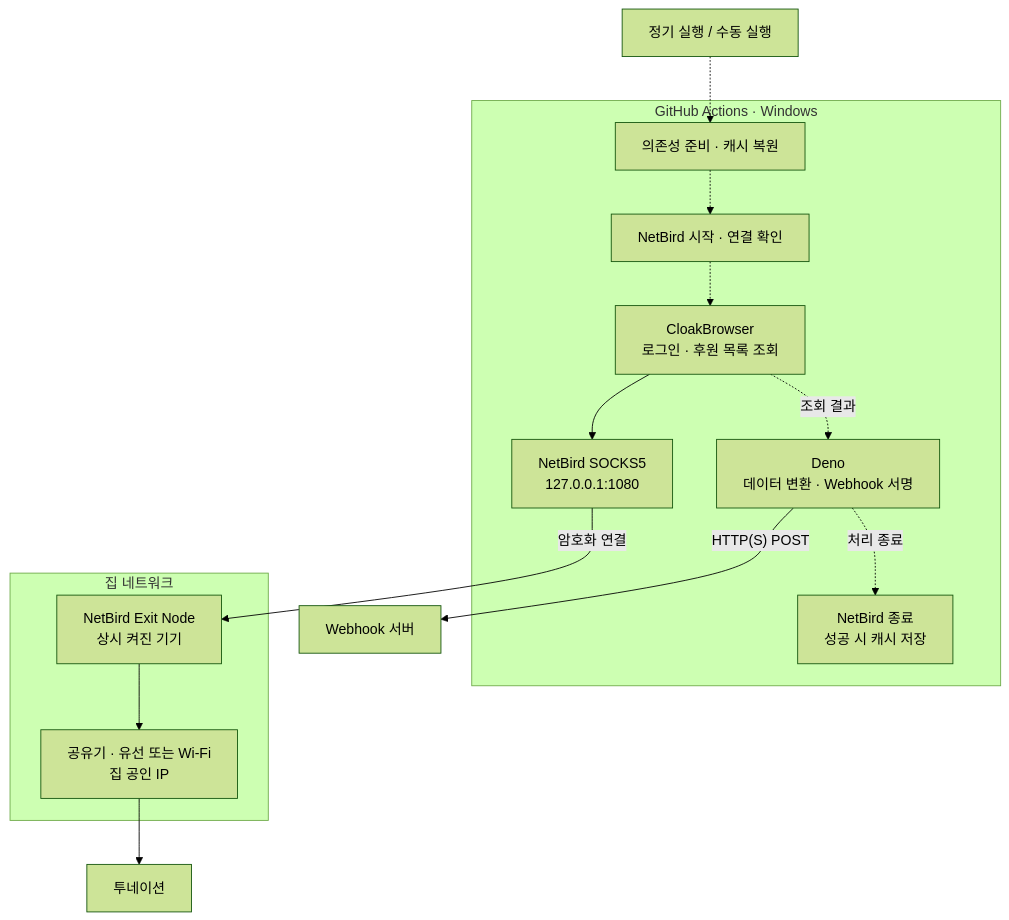
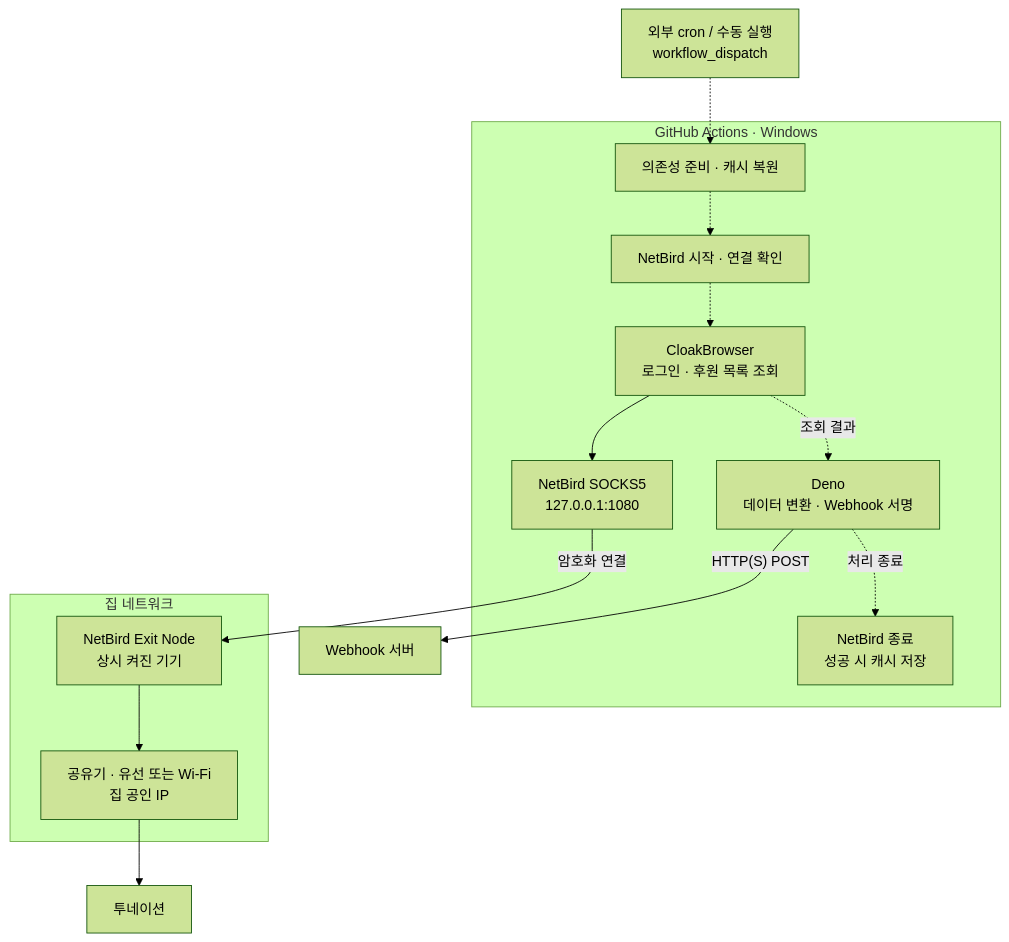
Before and after one commit to 2skydev/toonation-donation-list-cron: the diagram in README.md, drawn with Mermaid (forest theme). The commit also changed other lines of this file and 1 other file, not shown here.

````diff
--- a/README.md
+++ b/README.md
@@ -13,30 +13,30 @@
 ```mermaid
 flowchart TB
-    trigger["정기 실행 / 수동 실행"]
+    trigger["외부 cron / 수동 실행<br/>workflow_dispatch"]
 
     subgraph runner["GitHub Actions · Windows"]
         prepare["의존성 준비 · 캐시 복원"]
         start["NetBird 시작 · 연결 확인"]
         browser["CloakBrowser<br/>로그인 · 후원 목록 조회"]
         send["Deno<br/>데이터 변환 · Webhook 서명"]
         finish["NetBird 종료<br/>성공 시 캐시 저장"]
         proxy["NetBird SOCKS5<br/>127.0.0.1:1080"]
 
         prepare -.-> start
         start -.-> browser
         browser -. "조회 결과" .-> send
         send -. "처리 종료" .-> finish
         browser --> proxy
     end
 
     subgraph home["집 네트워크"]
         exitNode["NetBird Exit Node<br/>상시 켜진 기기"]
         router["공유기 · 유선 또는 Wi-Fi<br/>집 공인 IP"]
         exitNode --> router
     end
 
     trigger -.-> prepare
     proxy -->|"암호화 연결"| exitNode
     router --> toon["투네이션"]
     send -->|"HTTP(S) POST"| webhook["Webhook 서버"]
 ```
````
